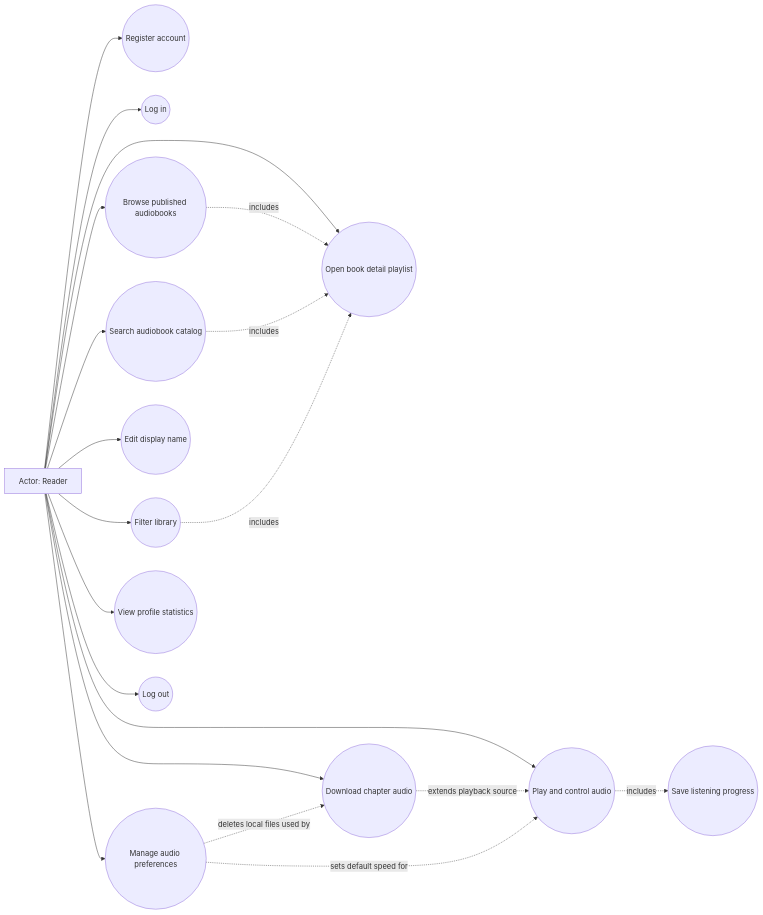
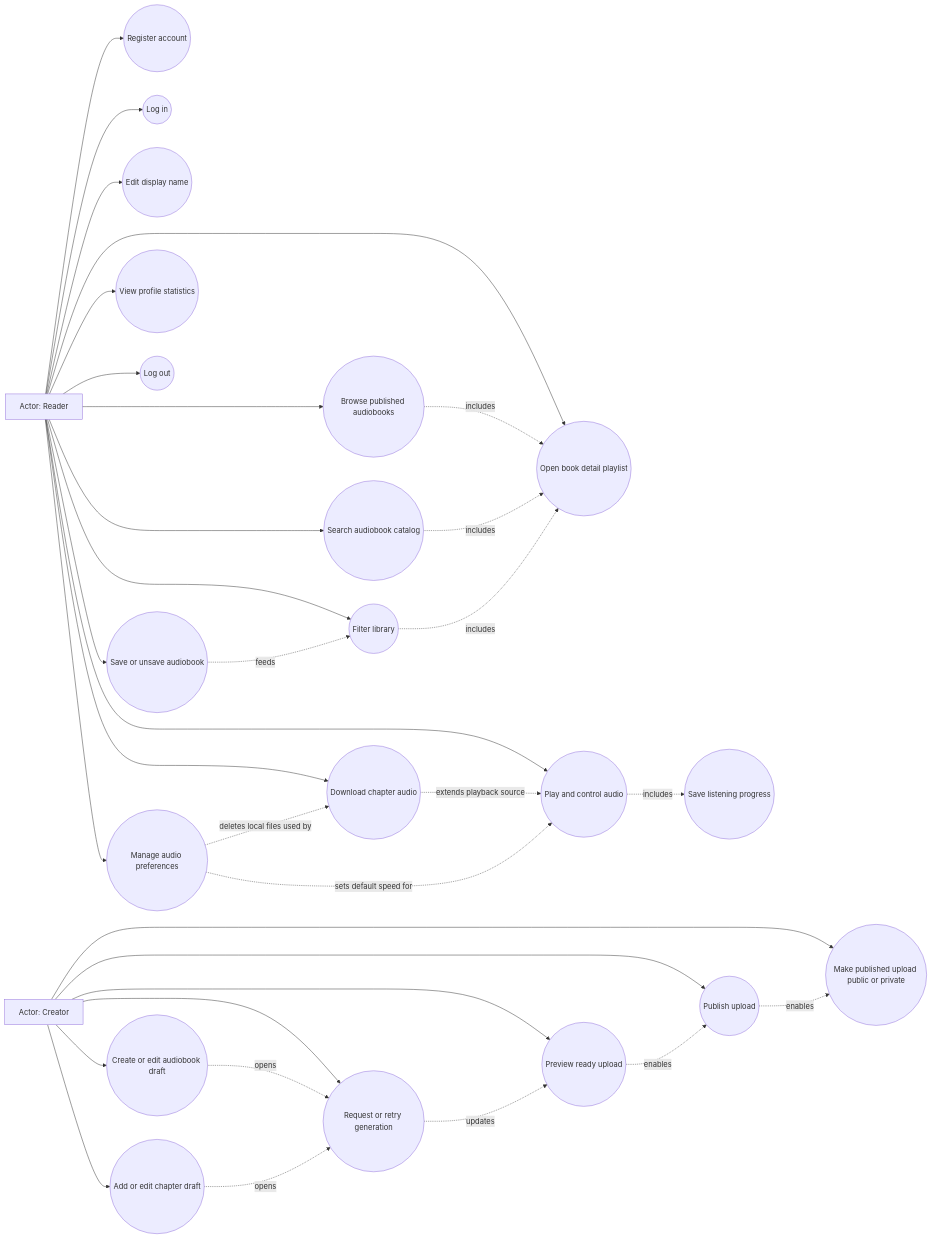
One commit to LeeVuKhang/Fonos_Group13 changed the second of 12 diagrams in README.md. Above: the diagram before and after it, drawn with Mermaid. The commit also changed other lines of this file, not shown here.

````diff
--- a/README.md
+++ b/README.md
@@ -370,39 +456,60 @@
 ```mermaid
 flowchart LR
     User["Actor: Reader"]
+    Creator["Actor: Creator"]
 
     UC1(("Register account"))
     UC2(("Log in"))
     UC3(("Browse published audiobooks"))
     UC4(("Search audiobook catalog"))
     UC5(("Open book detail playlist"))
     UC6(("Play and control audio"))
     UC7(("Save listening progress"))
     UC8(("Download chapter audio"))
     UC9(("Filter library"))
     UC10(("Edit display name"))
     UC11(("Manage audio preferences"))
     UC12(("View profile statistics"))
     UC13(("Log out"))
+    UC14(("Save or unsave audiobook"))
+    UC15(("Create or edit audiobook draft"))
+    UC16(("Add or edit chapter draft"))
+    UC17(("Request or retry generation"))
+    UC18(("Preview ready upload"))
+    UC19(("Publish upload"))
+    UC20(("Make published upload public or private"))
 
     User --> UC1
     User --> UC2
     User --> UC3
     User --> UC4
     User --> UC5
     User --> UC6
     User --> UC8
     User --> UC9
     User --> UC10
     User --> UC11
     User --> UC12
     User --> UC13
+    User --> UC14
+    Creator --> UC15
+    Creator --> UC16
+    Creator --> UC17
+    Creator --> UC18
+    Creator --> UC19
+    Creator --> UC20
 
     UC3 -. "includes" .-> UC5
     UC4 -. "includes" .-> UC5
     UC9 -. "includes" .-> UC5
+    UC14 -. "feeds" .-> UC9
     UC6 -. "includes" .-> UC7
     UC8 -. "extends playback source" .-> UC6
     UC11 -. "sets default speed for" .-> UC6
     UC11 -. "deletes local files used by" .-> UC8
+    UC15 -. "opens" .-> UC17
+    UC16 -. "opens" .-> UC17
+    UC17 -. "updates" .-> UC18
+    UC18 -. "enables" .-> UC19
+    UC19 -. "enables" .-> UC20
 ```
````
